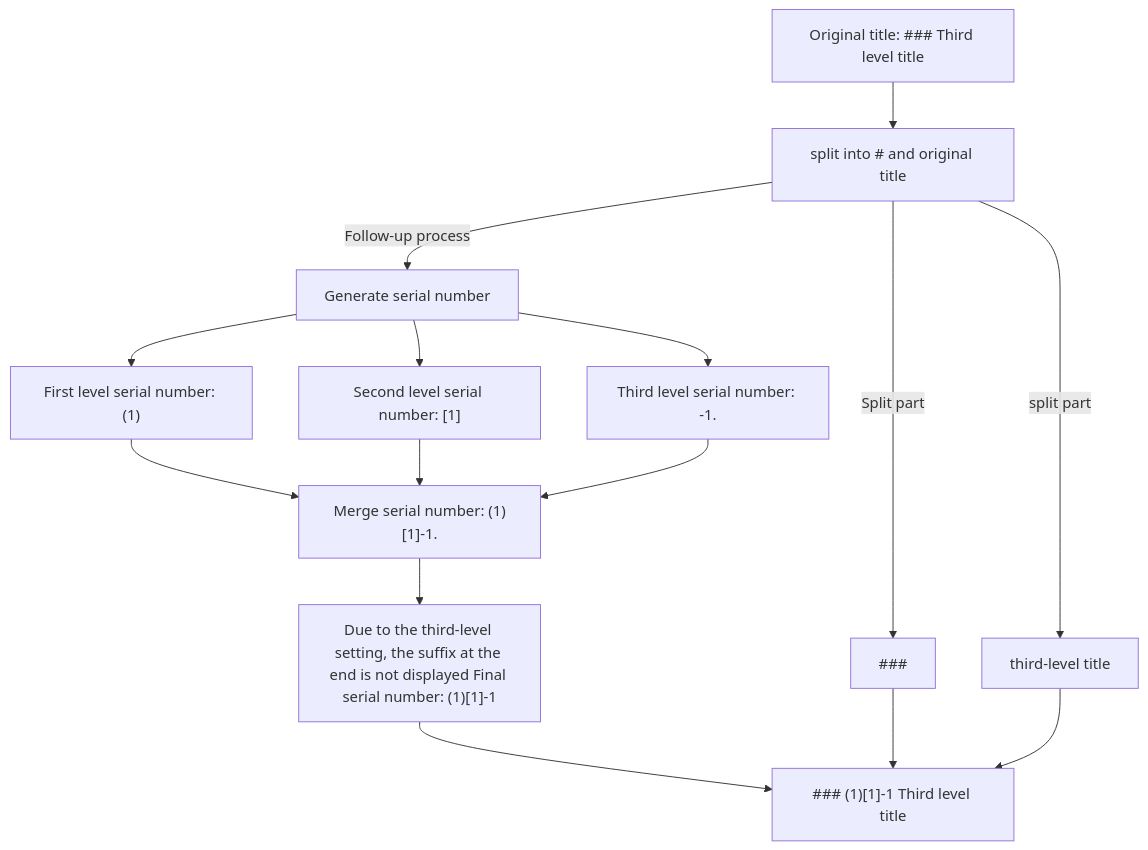
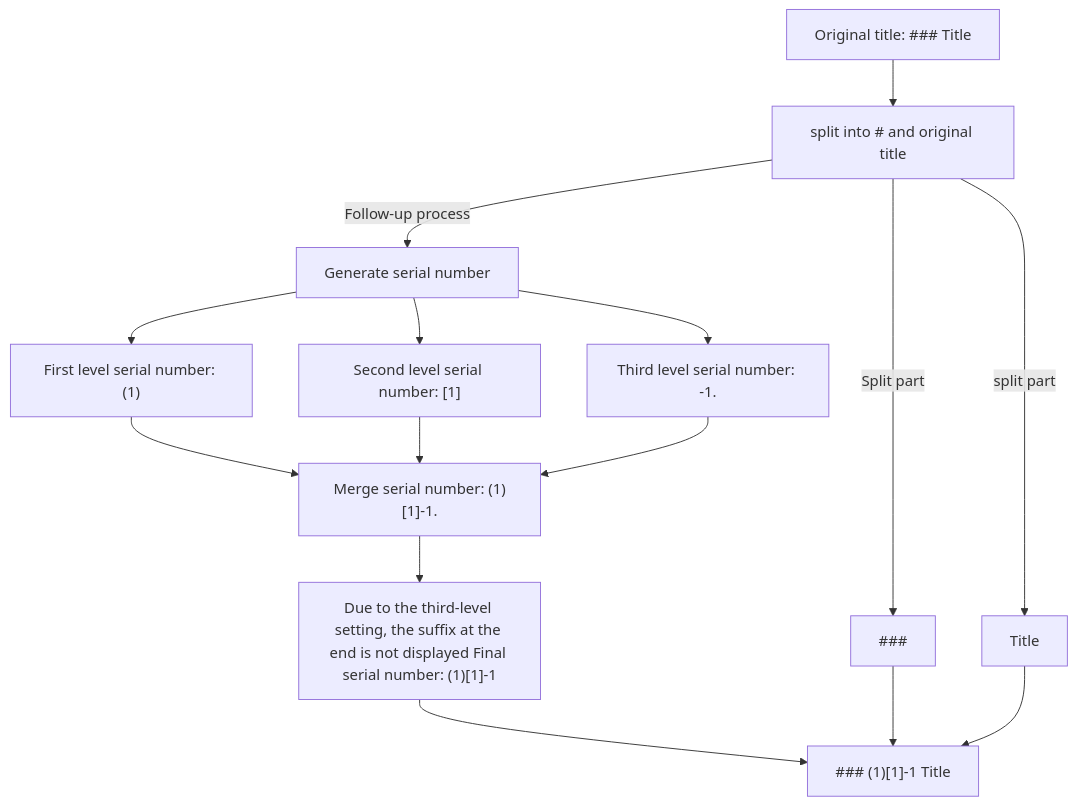
The second of 3 diagrams in src/assets/md/help-document/en_US.md (jiang-taibai/markdown-renumber), drawn with Mermaid before and after one commit. The commit also changed other lines of this file and 6 other files, not shown here.

````diff
--- a/src/assets/md/help-document/en_US.md
+++ b/src/assets/md/help-document/en_US.md
@@ -208,19 +208,19 @@
 ```mermaid
 flowchart TD
-    A[Original title: ### Third level title]
+    A[Original title: ### Title]
     B[split into # and original title]
     A --> B
     B -- Split part --> B1[###]
     B -- Follow-up process --> B2[Generate serial number]
-    B -- split part --> B3[third-level title]
+    B -- split part --> B3[Title]
     B2 --> C1["First level serial number: (1)"]
     B2 --> C2["Second level serial number: [1]"]
     B2 --> C3["Third level serial number: -1."]
     C1 --> D["Merge serial number: (1)[1]-1."]
     C2 --> D
     C3 --> D
     D --> E["Due to the third-level setting, the suffix at the end is not displayed Final serial number: (1)[1]-1"]
-    E --> F["### (1)[1]-1 Third level title"]
+    E --> F["### (1)[1]-1 Title"]
     B1 --> F
     B3 --> F
 ```
````
